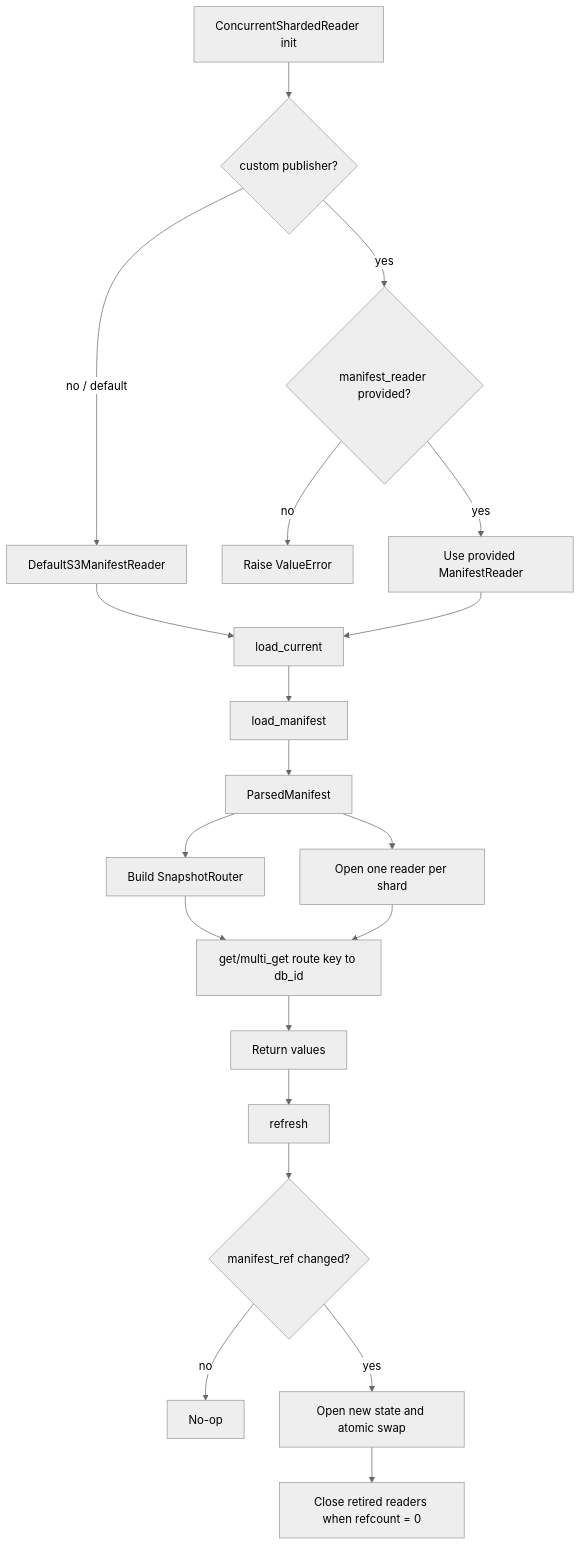
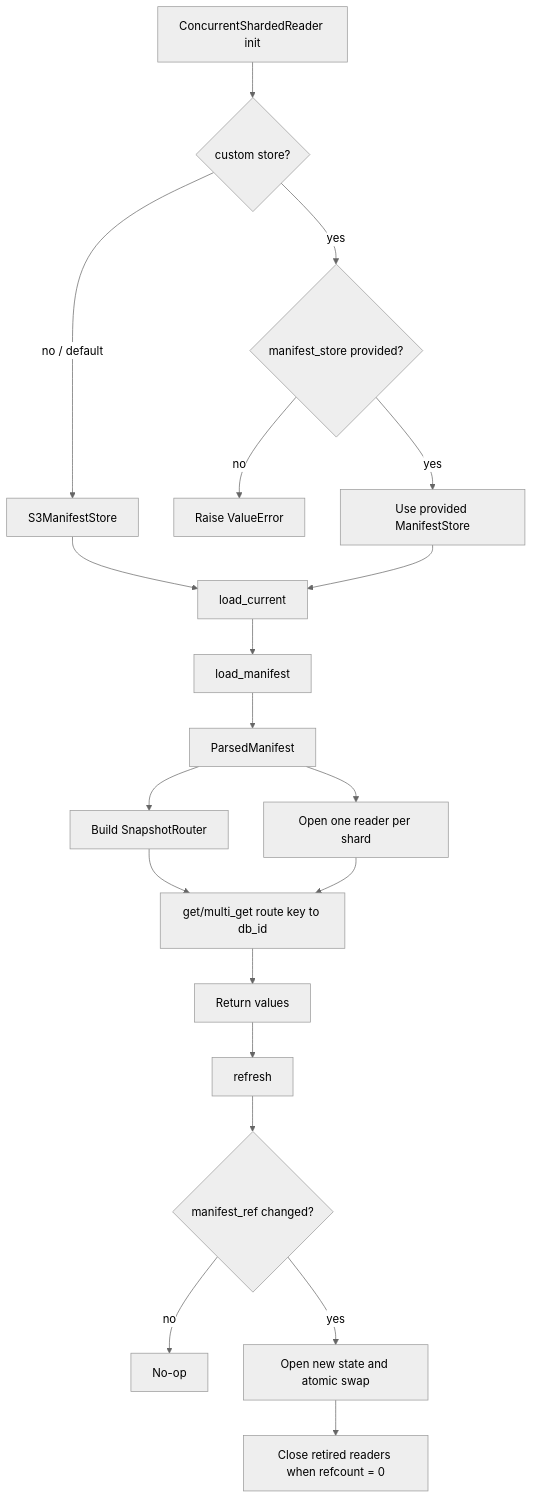
Before and after one commit to elkin/shardyfusion: the third of 3 diagrams in docs/how-it-works.md, drawn with Mermaid (neutral theme). The commit also changed other lines of this file and 44 other files, not shown here.

First line of the commit message:
feat: unify ManifestPublisher + ManifestReader into single ManifestStore protocol

````diff
--- a/docs/how-it-works.md
+++ b/docs/how-it-works.md
@@ -261,22 +261,22 @@
 ```mermaid
 flowchart TD
-    A[ConcurrentShardedReader init] --> B{custom publisher?}
-    B -->|no / default| C[DefaultS3ManifestReader]
-    B -->|yes| D{manifest_reader provided?}
+    A[ConcurrentShardedReader init] --> B{custom store?}
+    B -->|no / default| C[S3ManifestStore]
+    B -->|yes| D{manifest_store provided?}
     D -->|no| E[Raise ValueError]
-    D -->|yes| F[Use provided ManifestReader]
+    D -->|yes| F[Use provided ManifestStore]
     C --> G[load_current]
     F --> G
     G --> H[load_manifest]
     H --> I[ParsedManifest]
     I --> J[Build SnapshotRouter]
     I --> K[Open one reader per shard]
     J --> L[get/multi_get route key to db_id]
     K --> L
     L --> M[Return values]
     M --> N[refresh]
     N --> O{manifest_ref changed?}
     O -->|no| P[No-op]
     O -->|yes| Q[Open new state and atomic swap]
     Q --> R[Close retired readers when refcount = 0]
 ```
````
